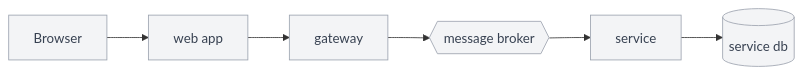
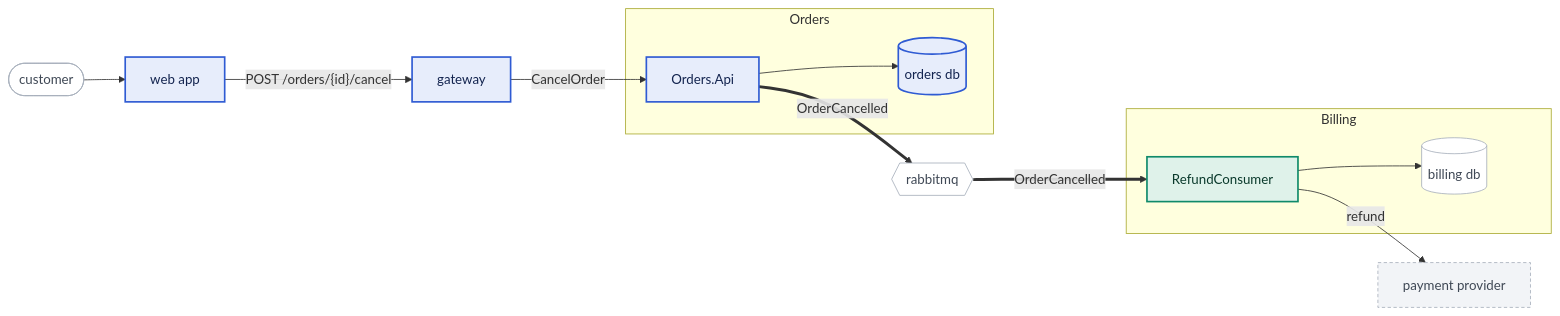
One commit to m0x6A/claude-skills changed the first of 6 diagrams in plugins/feature-workflow/skills/feature-design/templates/design.md. Above: the diagram before and after it, drawn with Mermaid. The commit also changed other lines of this file and 4 other files, not shown here.

First line of the commit message:
Give the design diagrams one visual language and a proper render page

````diff
--- a/plugins/feature-workflow/skills/feature-design/templates/design.md
+++ b/plugins/feature-workflow/skills/feature-design/templates/design.md
@@ -80,10 +81,22 @@
 ```mermaid
 flowchart LR
-    classDef affected fill:#2563eb,stroke:#1e40af,color:#fff
-    classDef new fill:#059669,stroke:#047857,color:#fff
-    classDef quiet fill:#f3f4f6,stroke:#9ca3af,color:#374151
+    classDef affected fill:#E7EDFB,stroke:#2F5BD3,stroke-width:2px,color:#13244F
+    classDef new fill:#DFF2EA,stroke:#0F8A6A,stroke-width:2px,color:#0A3A2C
+    classDef quiet fill:#FFFFFF,stroke:#A7B0BC,stroke-width:1px,color:#3F4855
+    classDef ext fill:#F2F4F7,stroke:#A7B0BC,stroke-width:1px,stroke-dasharray:4 3,color:#3F4855
+    classDef ok fill:#FFFFFF,stroke:#1B2330,stroke-width:1.5px,color:#1B2330
+    classDef err fill:#FBE8EC,stroke:#C2334D,stroke-width:1.5px,color:#5A1424
 
-    Browser[Browser]:::quiet --> Web[web app]:::quiet --> Gateway[gateway]:::quiet
-    Gateway --> Bus{{message broker}}:::quiet
-    Bus --> Svc[service]:::quiet --> Db[(service db)]:::quiet
+    User([customer]):::quiet --> Web[web app]:::affected
+    Web -- POST /orders/{id}/cancel --> Gw[gateway]:::affected
+    subgraph orders [Orders]
+        Api[Orders.Api]:::affected --> OrdersDb[(orders db)]:::affected
+    end
+    subgraph billing [Billing]
+        Refunds[RefundConsumer]:::new --> BillingDb[(billing db)]:::quiet
+    end
+    Gw -- CancelOrder --> Api
+    Api == OrderCancelled ==> Bus{{rabbitmq}}:::quiet
+    Bus == OrderCancelled ==> Refunds
+    Refunds -- refund --> Psp[payment provider]:::ext
 ```
````
